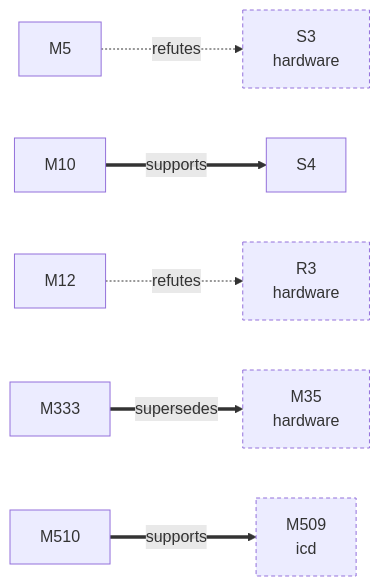
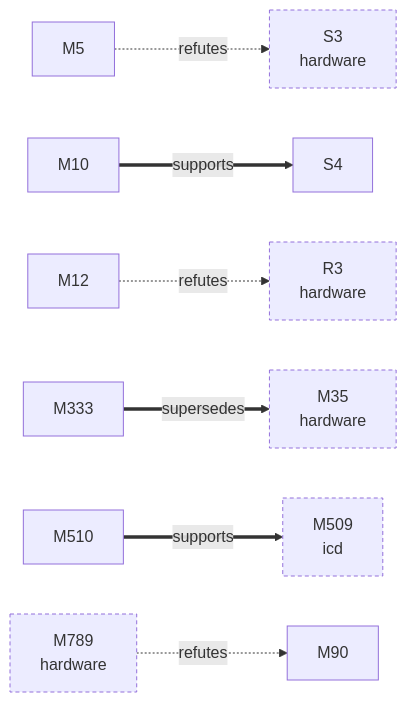
The first of 2 diagrams in docs/facts/graphs/linux.md (D-Ogi/amdgpu-wddm), drawn with Mermaid before and after one commit. The commit also changed other lines of this file and 16 other files, not shown here.

````diff
--- a/docs/facts/graphs/linux.md
+++ b/docs/facts/graphs/linux.md
@@ -9,20 +9,23 @@
 ```mermaid
 flowchart LR
   M5["M5"]
   M10["M10"]
   M12["M12"]
   M35["M35<br/>hardware"]
+  M90["M90"]
   M333["M333"]
   M509["M509<br/>icd"]
   M510["M510"]
+  M789["M789<br/>hardware"]
   S3["S3<br/>hardware"]
   S4["S4"]
   R3["R3<br/>hardware"]
+  M789 -.->|refutes| M90
   M5 -.->|refutes| S3
   M10 ==>|supports| S4
   M12 -.->|refutes| R3
   M333 ==>|supersedes| M35
   M510 ==>|supports| M509
   classDef other stroke-dasharray:4 3
-  class M35,M509,S3,R3 other
+  class M35,M509,M789,S3,R3 other
 ```
````
